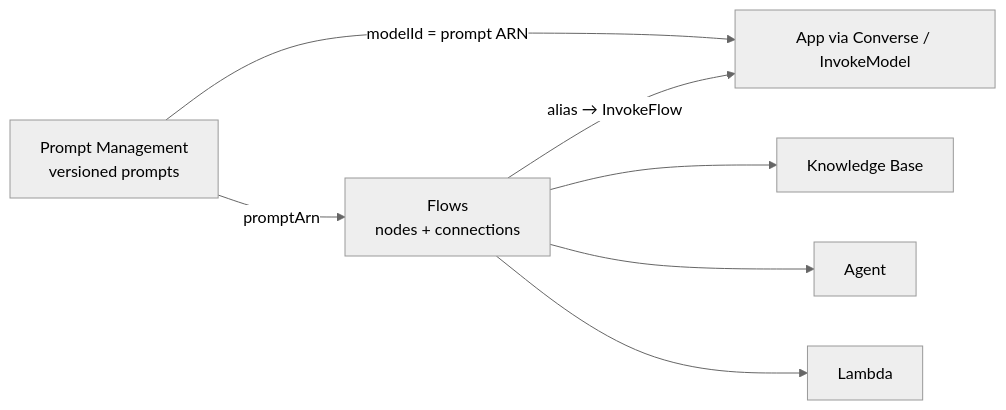
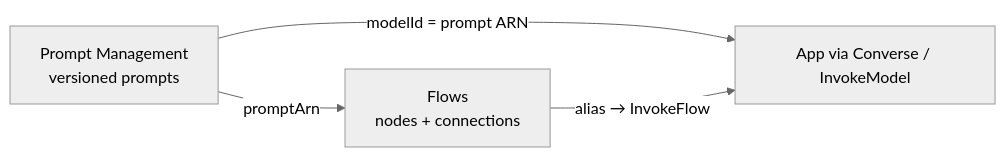
Before and after one commit to KAVIRAJec/AWS-Learnings: the diagram in 17-AWS-GenAI-Developer-Professional/02-Amazon-Bedrock/05-Prompt-Management-and-Flows/README.md, drawn with Mermaid (neutral theme). The commit also changed other lines of this file and 19 other files, not shown here.

````diff
--- a/17-AWS-GenAI-Developer-Professional/02-Amazon-Bedrock/05-Prompt-Management-and-Flows/README.md
+++ b/17-AWS-GenAI-Developer-Professional/02-Amazon-Bedrock/05-Prompt-Management-and-Flows/README.md
@@ -5,9 +5,6 @@
 ```mermaid
 flowchart LR
     PM["Prompt Management<br/>versioned prompts"] -->|"promptArn"| FL["Flows<br/>nodes + connections"]
     PM -->|"modelId = prompt ARN"| APP["App via Converse / InvokeModel"]
     FL -->|"alias → InvokeFlow"| APP
-    FL --> KB["Knowledge Base"]
-    FL --> AG["Agent"]
-    FL --> LM["Lambda"]
 ```
````
